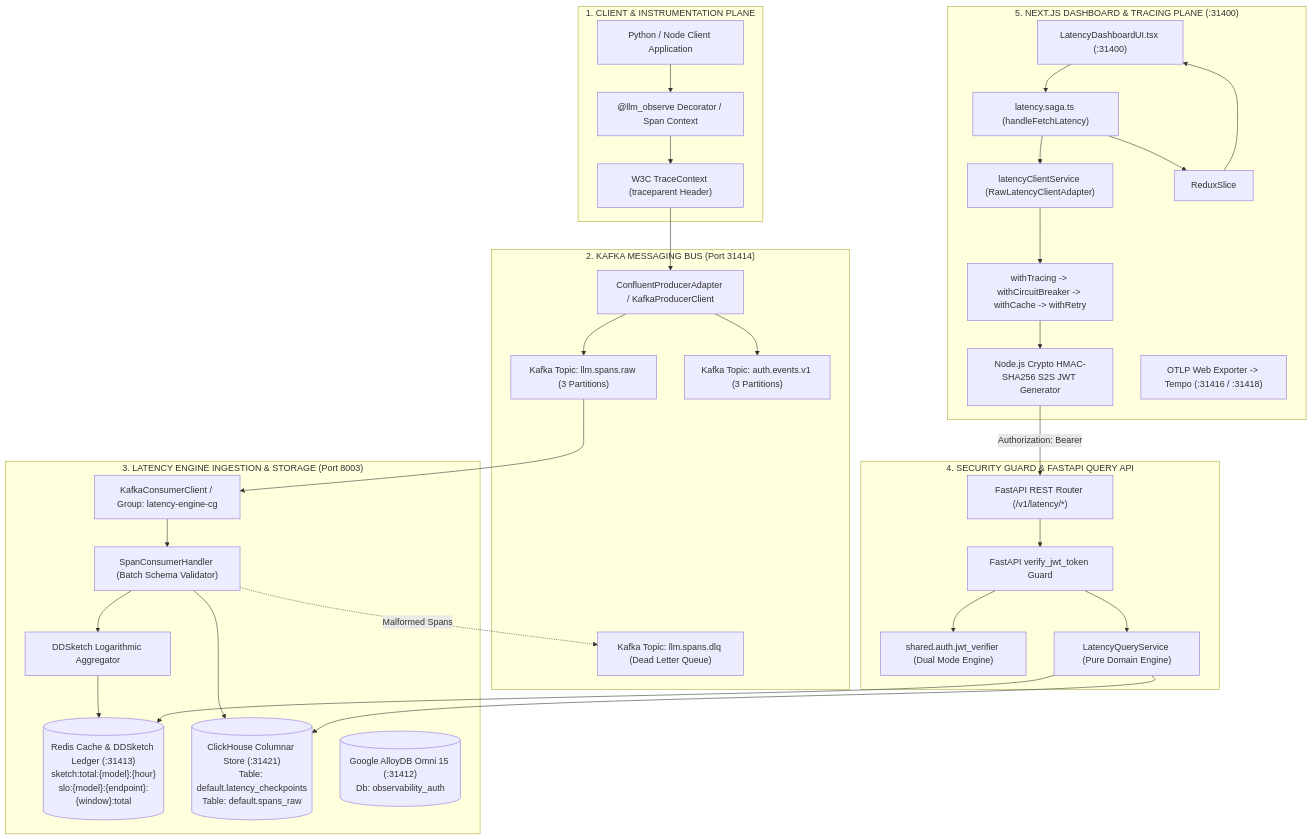
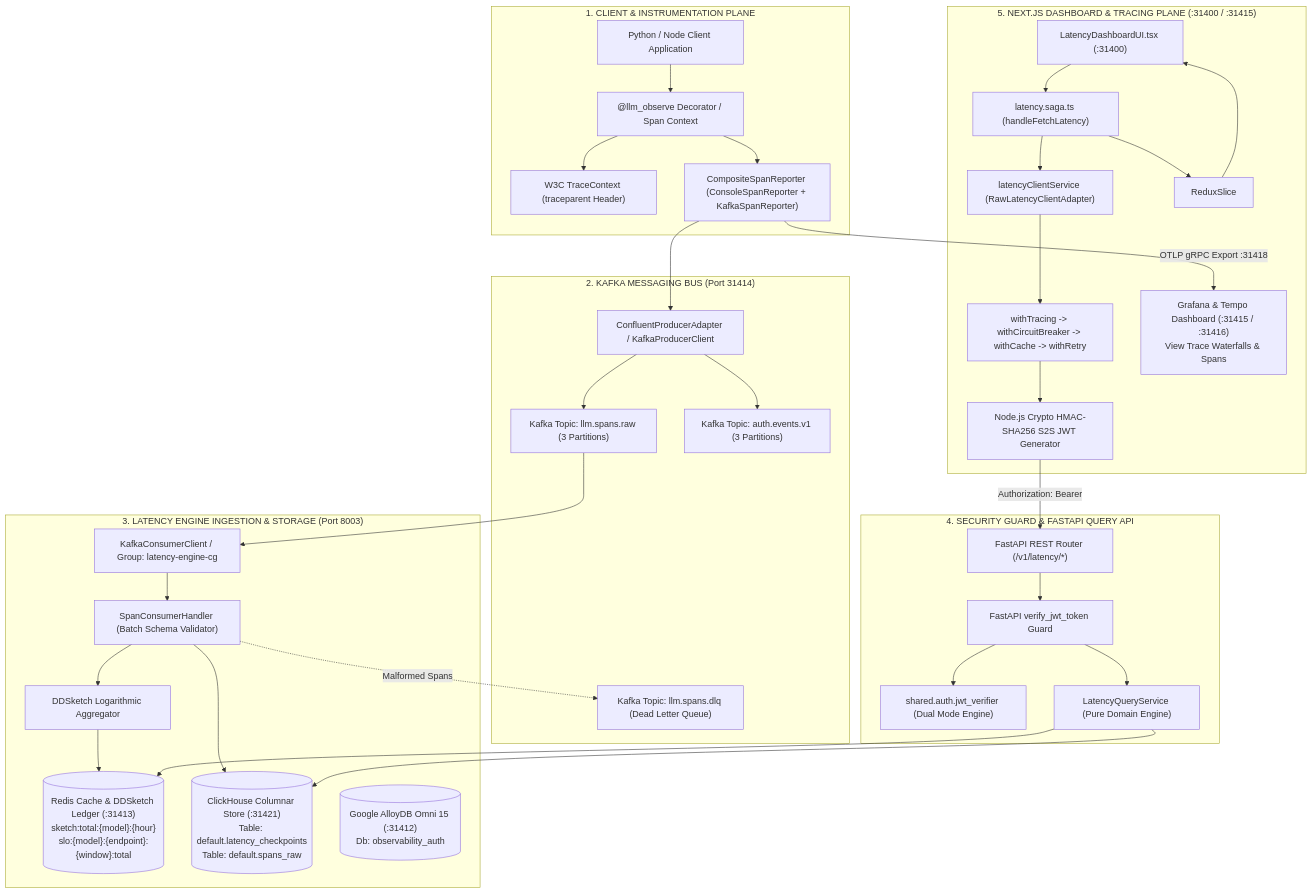
Before and after one commit to Chief-Strategist-J/llm-observability-platform: the first of 5 diagrams in packages/node/web-app/adr/0007-latency-engine-end-to-end-integration-and-security.md, drawn with Mermaid. The commit also changed other lines of this file and 1 other file, not shown here.

Commit message:
feat(instrumentation): upgrade run_real_span_instrumentation.py to publish spans to Kafka and export OTEL traces to Tempo/Grafana with ADR-0007 update

````diff
--- a/packages/node/web-app/adr/0007-latency-engine-end-to-end-integration-and-security.md
+++ b/packages/node/web-app/adr/0007-latency-engine-end-to-end-integration-and-security.md
@@ -27,68 +27,71 @@
 ```mermaid
 flowchart TD
     subgraph ClientAppPlane["1. CLIENT & INSTRUMENTATION PLANE"]
         UserApp["Python / Node Client Application"]
         SDKDecorator["@llm_observe Decorator / Span Context"]
         TracingContext["W3C TraceContext (traceparent Header)"]
+        CompositeReporter["CompositeSpanReporter (ConsoleSpanReporter + KafkaSpanReporter)"]
 
         UserApp --> SDKDecorator
         SDKDecorator --> TracingContext
+        SDKDecorator --> CompositeReporter
     end
 
     subgraph KafkaPlane["2. KAFKA MESSAGING BUS (Port 31414)"]
         KafkaProducer["ConfluentProducerAdapter / KafkaProducerClient"]
         TopicRaw["Kafka Topic: llm.spans.raw (3 Partitions)"]
         TopicAuth["Kafka Topic: auth.events.v1 (3 Partitions)"]
         TopicDLQ["Kafka Topic: llm.spans.dlq (Dead Letter Queue)"]
 
-        TracingContext --> KafkaProducer
+        CompositeReporter --> KafkaProducer
         KafkaProducer --> TopicRaw
         KafkaProducer --> TopicAuth
     end
 
     subgraph IngestionEnginePlane["3. LATENCY ENGINE INGESTION & STORAGE (Port 8003)"]
         KafkaConsumer["KafkaConsumerClient / Group: latency-engine-cg"]
         SpanHandler["SpanConsumerHandler (Batch Schema Validator)"]
         DDSketchEngine["DDSketch Logarithmic Aggregator"]
         RedisStore[("Redis Cache & DDSketch Ledger (:31413)\nsketch:total:{model}:{hour}\nslo:{model}:{endpoint}:{window}:total")]
         ClickHouseDB[("ClickHouse Columnar Store (:31421)\nTable: default.latency_checkpoints\nTable: default.spans_raw")]
         AlloyDB[("Google AlloyDB Omni 15 (:31412)\nDb: observability_auth")]
 
         TopicRaw --> KafkaConsumer
         KafkaConsumer --> SpanHandler
         SpanHandler --> DDSketchEngine
         DDSketchEngine --> RedisStore
         SpanHandler --> ClickHouseDB
         SpanHandler -.->|Malformed Spans| TopicDLQ
     end
 
     subgraph SecurityAPIPlane["4. SECURITY GUARD & FASTAPI QUERY API"]
         FastAPI["FastAPI REST Router (/v1/latency/*)"]
         JWTGuard["FastAPI verify_jwt_token Guard"]
         JWTVerifier["shared.auth.jwt_verifier (Dual Mode Engine)"]
         QueryService["LatencyQueryService (Pure Domain Engine)"]
 
         FastAPI --> JWTGuard
         JWTGuard --> JWTVerifier
         JWTGuard --> QueryService
         QueryService --> RedisStore
         QueryService --> ClickHouseDB
     end
 
-    subgraph WebAppPlane["5. NEXT.JS DASHBOARD & TRACING PLANE (:31400)"]
+    subgraph WebAppPlane["5. NEXT.JS DASHBOARD & TRACING PLANE (:31400 / :31415)"]
         ReactUI["LatencyDashboardUI.tsx (:31400)"]
         ReduxSaga["latency.saga.ts (handleFetchLatency)"]
         ClientAdapter["latencyClientService (RawLatencyClientAdapter)"]
         ResilienceChain["withTracing -> withCircuitBreaker -> withCache -> withRetry"]
         S2SSigner["Node.js Crypto HMAC-SHA256 S2S JWT Generator"]
-        TempoExporter["OTLP Web Exporter -> Tempo (:31416 / :31418)"]
+        GrafanaTempo["Grafana & Tempo Dashboard (:31415 / :31416)\nView Trace Waterfalls & Spans"]
 
         ReactUI --> ReduxSaga
         ReduxSaga --> ClientAdapter
         ClientAdapter --> ResilienceChain
         ResilienceChain --> S2SSigner
         S2SSigner -->|Authorization: Bearer <S2S_JWT>| FastAPI
+        CompositeReporter -->|OTLP gRPC Export :31418| GrafanaTempo
         ReduxSaga --> ReduxSlice
         ReduxSlice --> ReactUI
     end
 ```
````
